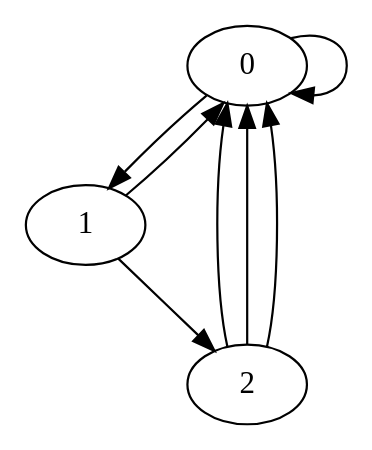
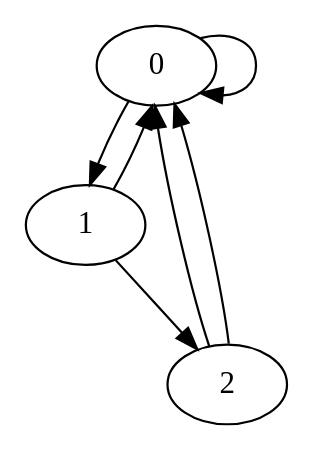
Before and after one commit to Eterniitys/prjt_compilation: the diagram in graph.dot, drawn with Graphviz. The commit also changed 2 other files, not shown here.

```diff
--- a/graph.dot
+++ b/graph.dot
@@ -1,9 +1,8 @@
 digraph automate {
 	0 -> 0;
 	0 -> 1;
 	1 -> 0;
 	1 -> 2;
 	2 -> 0;
 	2 -> 0;
-	2 -> 0;
 }
```
